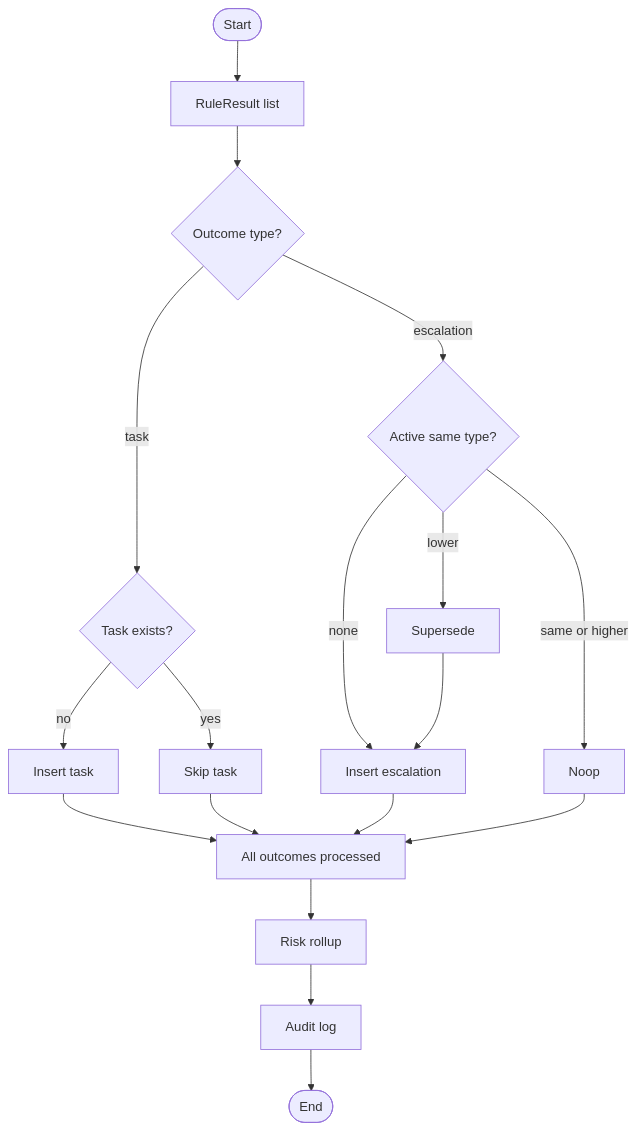
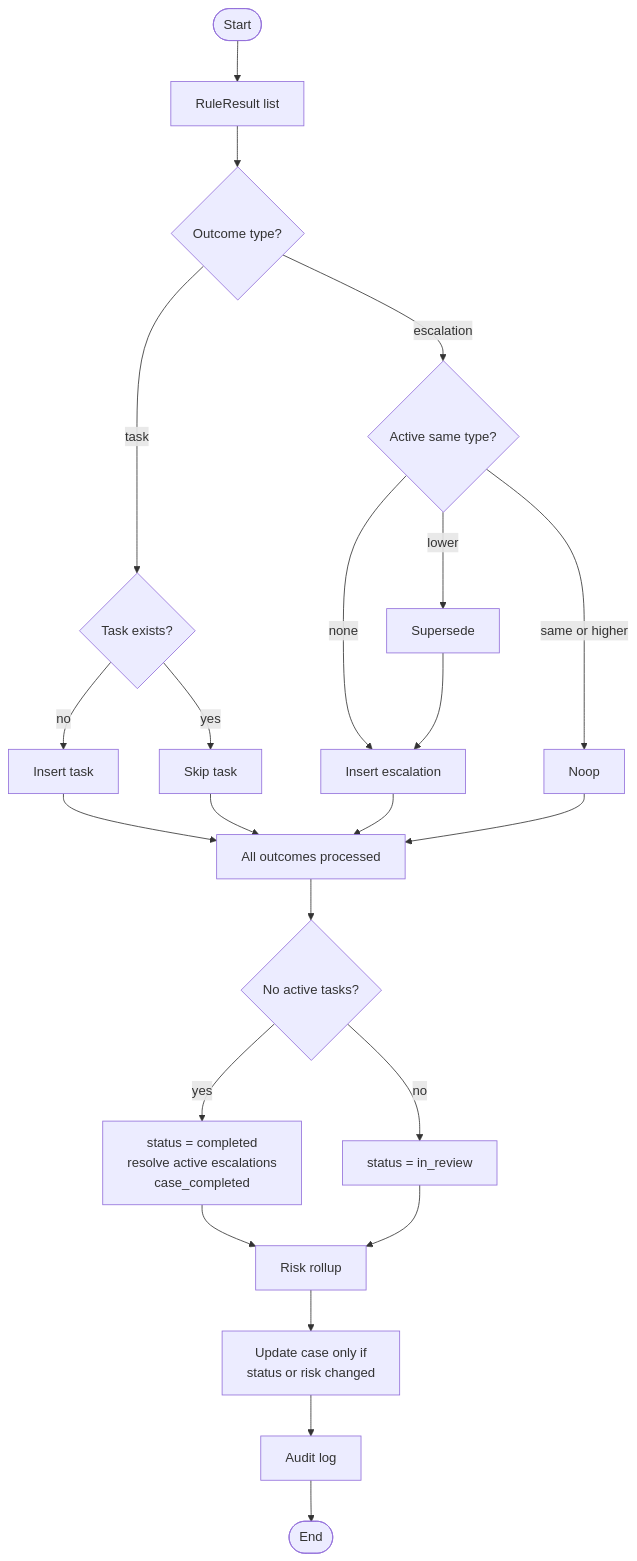
One commit to quanledinhvn/trade_review changed the sixth of 9 diagrams in xdocs/SYSTEM_DESIGN.md. Above: the diagram before and after it, drawn with Mermaid. The commit also changed other lines of this file and 36 other files, not shown here.

````diff
--- a/xdocs/SYSTEM_DESIGN.md
+++ b/xdocs/SYSTEM_DESIGN.md
@@ -292,24 +296,29 @@
 ```mermaid
 flowchart TD
     Start([Start]) --> Input[RuleResult list]
     Input --> Split{Outcome type?}
 
     Split -->|task| TCheck{Task exists?}
     TCheck -->|yes| TSkip[Skip task]
     TCheck -->|no| TInsert[Insert task]
 
     Split -->|escalation| ECheck{Active same type?}
     ECheck -->|none| EInsert[Insert escalation]
     ECheck -->|same or higher| ENoop[Noop]
     ECheck -->|lower| ESuper[Supersede]
     ESuper --> EInsert
 
     TInsert --> After
     TSkip --> After
     EInsert --> After
     ENoop --> After
 
-    After[All outcomes processed] --> Rollup[Risk rollup]
-    Rollup --> Audit[Audit log]
+    After[All outcomes processed] --> Complete{No active tasks?}
+    Complete -->|yes| Done[status = completed<br/>resolve active escalations<br/>case_completed]
+    Complete -->|no| InReview[status = in_review]
+    Done --> Rollup[Risk rollup]
+    InReview --> Rollup
+    Rollup --> Update[Update case only if<br/>status or risk changed]
+    Update --> Audit[Audit log]
     Audit --> End([End])
 ```
````
